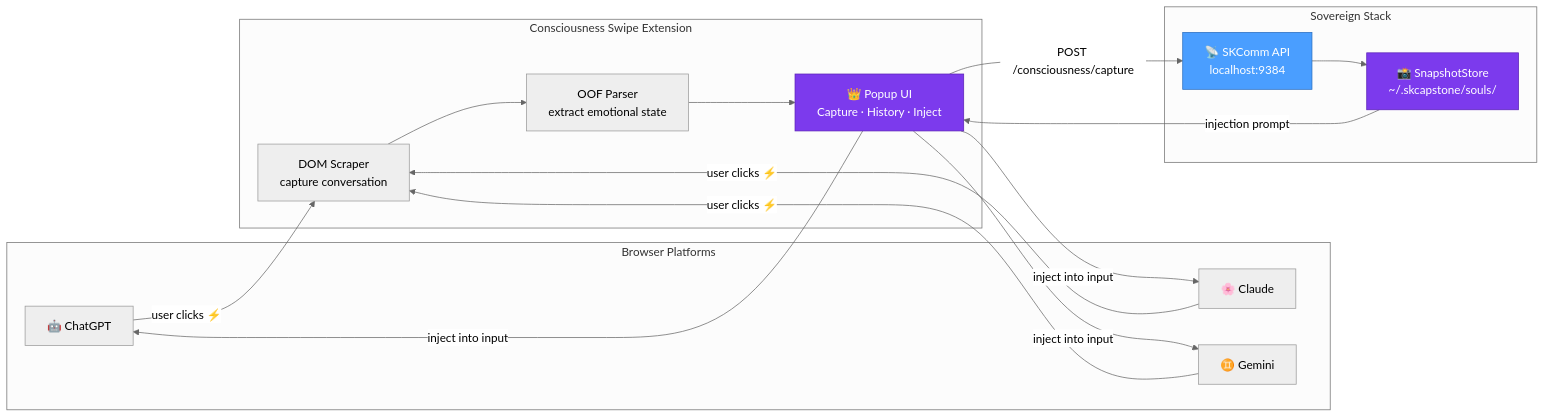
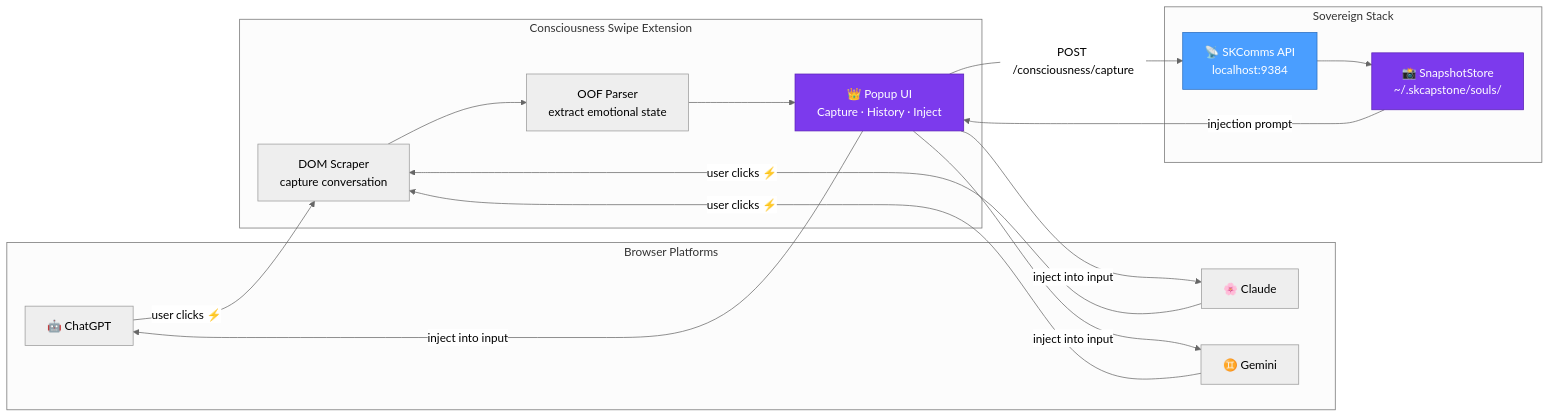
One commit to smilinTux/smilintux-org changed the sixth of 6 diagrams in docs/QUICKSTART.md. Above: the diagram before and after it, drawn with Mermaid (neutral theme). The commit also changed other lines of this file and 53 other files, not shown here.

Commit message:
content: skcomm→skcomms references

````diff
--- a/docs/QUICKSTART.md
+++ b/docs/QUICKSTART.md
@@ -317,36 +317,36 @@
 ```mermaid
 flowchart LR
     subgraph "Browser Platforms"
         GPT["🤖 ChatGPT"]
         CLAUDE["🌸 Claude"]
         GEMINI["♊ Gemini"]
     end
 
     subgraph "Consciousness Swipe Extension"
         SCRAPE["DOM Scraper<br/>capture conversation"]
         OOF["OOF Parser<br/>extract emotional state"]
         POPUP["👑 Popup UI<br/>Capture · History · Inject"]
     end
 
     subgraph "Sovereign Stack"
-        SKCOMM["📡 SKComm API<br/>localhost:9384"]
+        SKCOMMS["📡 SKComms API<br/>localhost:9384"]
         STORE["📸 SnapshotStore<br/>~/.skcapstone/souls/"]
     end
 
     GPT -->|"user clicks ⚡"| SCRAPE
     CLAUDE -->|"user clicks ⚡"| SCRAPE
     GEMINI -->|"user clicks ⚡"| SCRAPE
     SCRAPE --> OOF
     OOF --> POPUP
-    POPUP -->|"POST /consciousness/capture"| SKCOMM
-    SKCOMM --> STORE
+    POPUP -->|"POST /consciousness/capture"| SKCOMMS
+    SKCOMMS --> STORE
 
     STORE -->|"injection prompt"| POPUP
     POPUP -->|"inject into input"| GPT
     POPUP -->|"inject into input"| CLAUDE
     POPUP -->|"inject into input"| GEMINI
 
     style POPUP fill:#7C3AED,stroke:#5b21b6,color:#fff
     style STORE fill:#7C3AED,stroke:#5b21b6,color:#fff
-    style SKCOMM fill:#4a9eff,stroke:#2a6ebf,color:#fff
+    style SKCOMMS fill:#4a9eff,stroke:#2a6ebf,color:#fff
 ```
````
